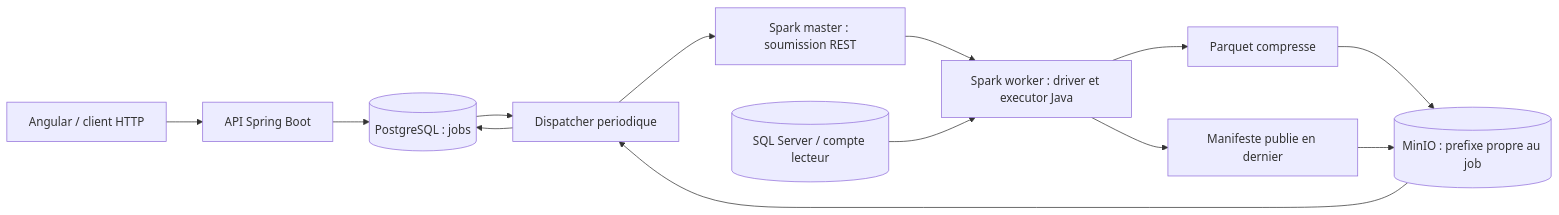
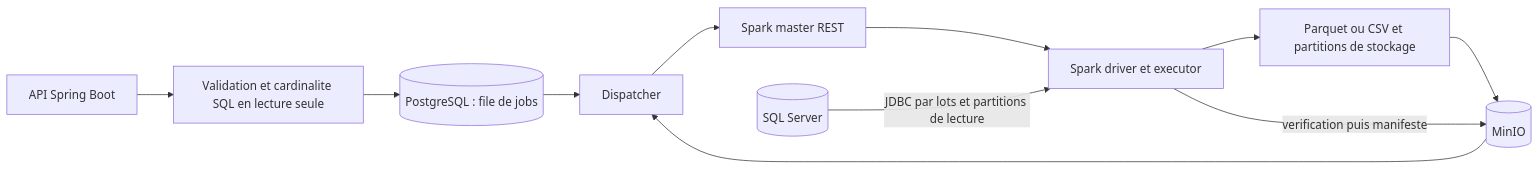
One commit to l8haitham-ctrl/distibuteddatam2 changed the diagram in docs/storage-jobs.md. Above: the diagram before and after it, drawn with Mermaid. The commit also changed other lines of this file and 17 other files, not shown here.

Commit message:
Support partitioned CSV and parallel JDBC ingestion

````diff
--- a/docs/storage-jobs.md
+++ b/docs/storage-jobs.md
@@ -7,15 +8,13 @@
 ```mermaid
 flowchart LR
-    UI[Angular / client HTTP] --> API[API Spring Boot]
-    API --> PG[(PostgreSQL : jobs)]
-    PG --> D[Dispatcher periodique]
-    D --> M[Spark master : soumission REST]
-    M --> W[Spark worker : driver et executor Java]
-    DB[(SQL Server / compte lecteur)] --> W
-    W --> P[Parquet compresse]
-    P --> S[(MinIO : prefixe propre au job)]
-    W --> MF[Manifeste publie en dernier]
-    MF --> S
+    API[API Spring Boot] --> V[Validation et cardinalite SQL en lecture seule]
+    V --> PG[(PostgreSQL : file de jobs)]
+    PG --> D[Dispatcher]
+    D --> M[Spark master REST]
+    M --> W[Spark driver et executor]
+    DB[(SQL Server)] -->|JDBC par lots et partitions de lecture| W
+    W --> F[Parquet ou CSV et partitions de stockage]
+    F --> S[(MinIO)]
+    W -->|verification puis manifeste| S
     S --> D
-    D --> PG
 ```
````
